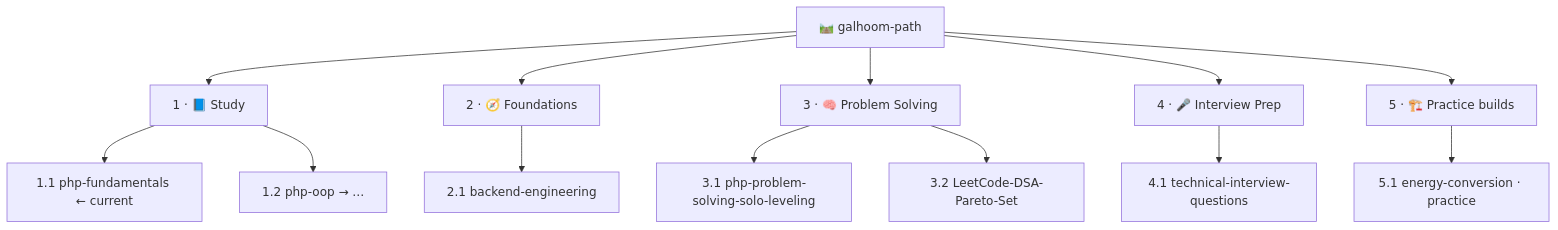
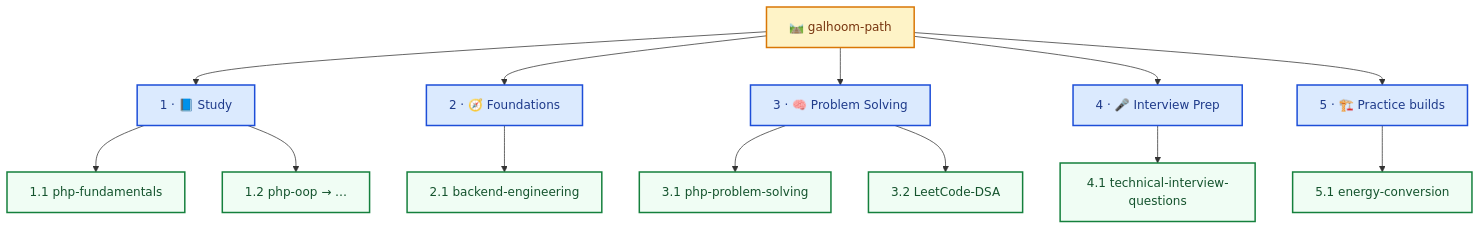
The second of 2 diagrams in README.md (Galhoom22/Galhoom22), drawn with Mermaid before and after one commit. The commit also changed other lines of this file, not shown here.

````diff
--- a/README.md
+++ b/README.md
@@ -76,16 +73,23 @@
 ```mermaid
 flowchart TB
   ORG["🛤️ galhoom-path"]
   ORG --> S["1 · 📘 Study"]
   ORG --> F["2 · 🧭 Foundations"]
   ORG --> P["3 · 🧠 Problem Solving"]
   ORG --> I["4 · 🎤 Interview Prep"]
   ORG --> R["5 · 🏗️ Practice builds"]
-  S --> S1["1.1 php-fundamentals ← current"]
+  S --> S1["1.1 php-fundamentals"]
   S --> S2["1.2 php-oop → …"]
   F --> F1["2.1 backend-engineering"]
-  P --> P1["3.1 php-problem-solving-solo-leveling"]
-  P --> P2["3.2 LeetCode-DSA-Pareto-Set"]
+  P --> P1["3.1 php-problem-solving"]
+  P --> P2["3.2 LeetCode-DSA"]
   I --> I1["4.1 technical-interview-questions"]
-  R --> R1["5.1 energy-conversion · practice"]
+  R --> R1["5.1 energy-conversion"]
+
+  classDef org fill:#fef3c7,stroke:#d97706,color:#78350f,stroke-width:2px
+  classDef track fill:#dbeafe,stroke:#1d4ed8,color:#1e3a8a,stroke-width:2px
+  classDef repo fill:#f0fdf4,stroke:#15803d,color:#14532d,stroke-width:2px
+  class ORG org
+  class S,F,P,I,R track
+  class S1,S2,F1,P1,P2,I1,R1 repo
 ```
````
